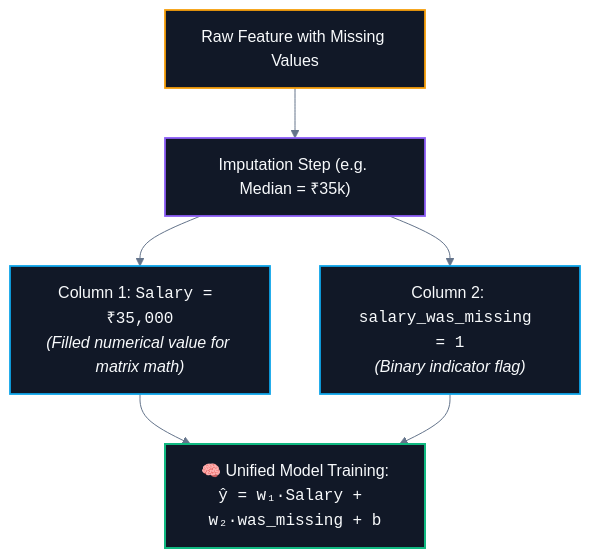
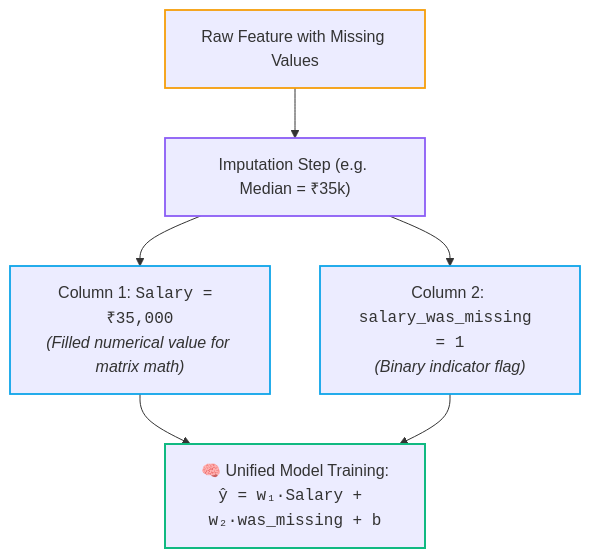
One commit to abhinavbharti2345/CS_Notes changed the third of 4 diagrams in CS/AI & ML/02. Data Preprocessing/03. Missing Value Imputation.md. Above: the diagram before and after it, drawn with Mermaid. The commit also changed other lines of this file and 91 other files, not shown here.

````diff
--- a/CS/AI & ML/02. Data Preprocessing/03. Missing Value Imputation.md
+++ b/CS/AI & ML/02. Data Preprocessing/03. Missing Value Imputation.md
@@ -174,21 +172,20 @@
 ```mermaid
-%%{init: {'theme': 'base', 'themeVariables': { 'darkMode': true, 'background': '#0B0F14', 'mainBkg': '#111827', 'primaryColor': '#111827', 'primaryTextColor': '#F8FAFC', 'primaryBorderColor': '#38BDF8', 'lineColor': '#64748B', 'secondaryColor': '#0B0F14', 'tertiaryColor': '#0B0F14', 'clusterBkg': '#0B0F14', 'clusterBorder': '#38BDF8' }}}%%
 flowchart TD
     Raw["Raw Feature with Missing Values"] --> Imp["Imputation Step (e.g. Median = ₹35k)"]
     
     Imp --> Col1["Column 1: <code>Salary = ₹35,000</code><br/><i>(Filled numerical value for matrix math)</i>"]
     Imp --> Col2["Column 2: <code>salary_was_missing = 1</code><br/><i>(Binary indicator flag)</i>"]
     
     Col1 --> Model["🧠 Unified Model Training:<br/><code>ŷ = w₁·Salary + w₂·was_missing + b</code>"]
     Col2 --> Model
 
-    classDef raw fill:#111827,stroke:#f59e0b,stroke-width:1.8px,color:#F8FAFC;
-    classDef imp fill:#111827,stroke:#8b5cf6,stroke-width:1.8px,color:#F8FAFC;
-    classDef col fill:#111827,stroke:#0ea5e9,stroke-width:1.8px,color:#F8FAFC;
-    classDef mod fill:#111827,stroke:#10b981,stroke-width:2px,color:#F8FAFC;
+    classDef raw stroke:#f59e0b,stroke-width:1.8px;
+    classDef imp stroke:#8b5cf6,stroke-width:1.8px;
+    classDef col stroke:#0ea5e9,stroke-width:1.8px;
+    classDef mod stroke:#10b981,stroke-width:2px;
 
     class Raw raw;
     class Imp imp;
     class Col1,Col2 col;
     class Model mod;
 ```
````
